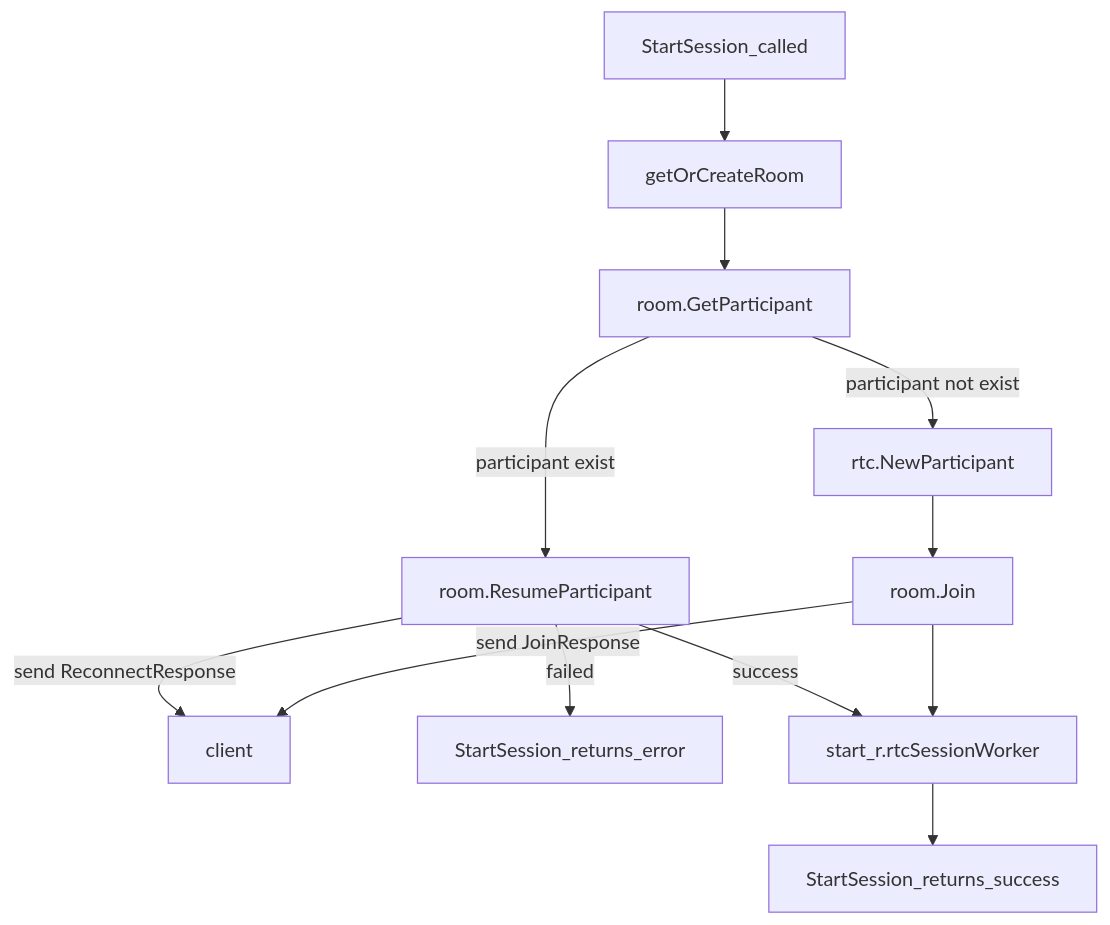
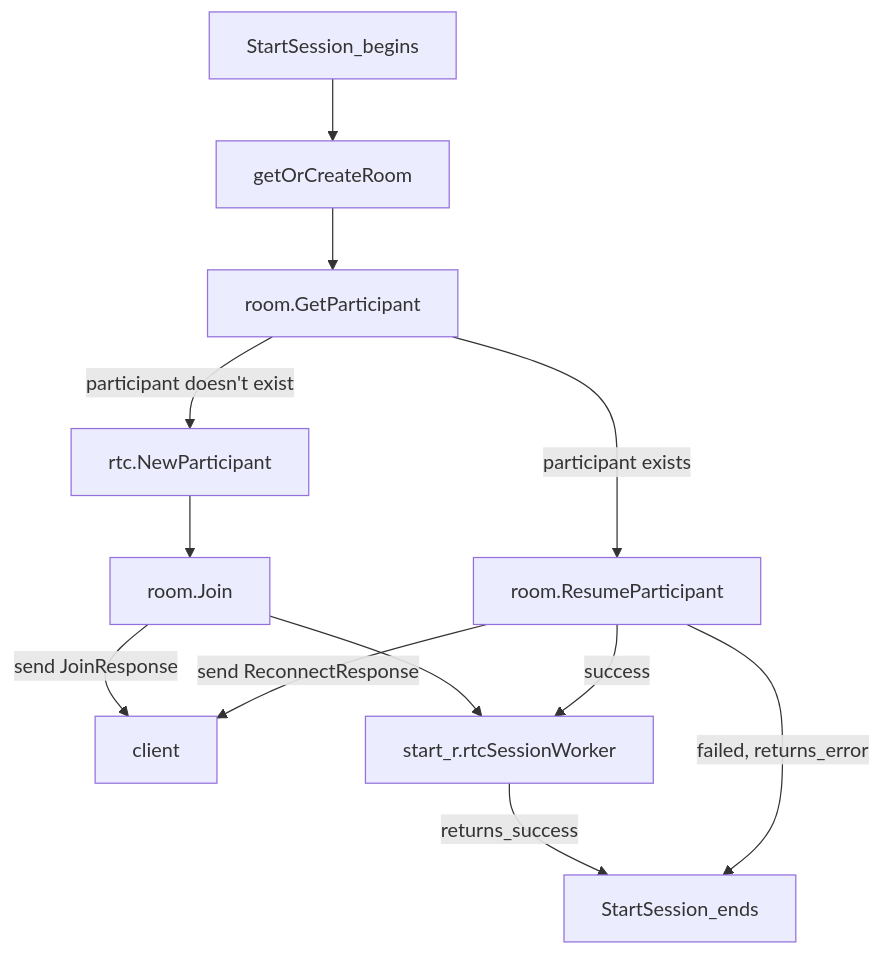
One commit to DanGiant/live-code-notes changed the second of 3 diagrams in Participant_Join_Room.md. Above: the diagram before and after it, drawn with Mermaid. The commit also changed other lines of this file, not shown here.

````diff
--- a/Participant_Join_Room.md
+++ b/Participant_Join_Room.md
@@ -55,18 +55,18 @@
 ```mermaid
 graph TB
-    StartSession_called-->getOrCreateRoom-->room.GetParticipant
+    StartSession_begins-->getOrCreateRoom-->room.GetParticipant
     
-    room.GetParticipant--participant exist-->room.ResumeParticipant
+    room.GetParticipant--participant exists-->room.ResumeParticipant
     
     room.ResumeParticipant--send ReconnectResponse-->client
     
-    room.ResumeParticipant--failed-->StartSession_returns_error
+    room.ResumeParticipant--failed, returns_error-->StartSession_ends
     room.ResumeParticipant--success-->start_r.rtcSessionWorker
 
-    room.GetParticipant--participant not exist-->rtc.NewParticipant
+    room.GetParticipant--participant doesn't exist-->rtc.NewParticipant
 
     rtc.NewParticipant-->room.Join
     
-    room.Join-->start_r.rtcSessionWorker-->StartSession_returns_success
+    room.Join-->start_r.rtcSessionWorker--returns_success-->StartSession_ends
     room.Join--send JoinResponse-->client
 ```
````
